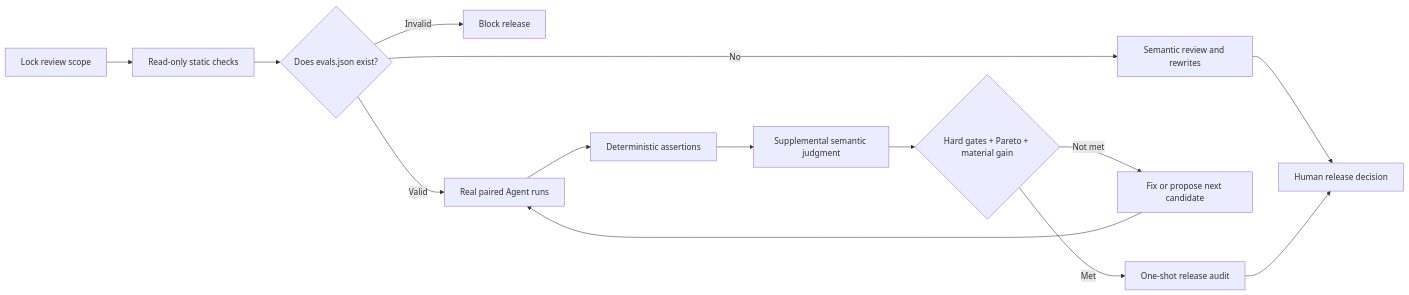
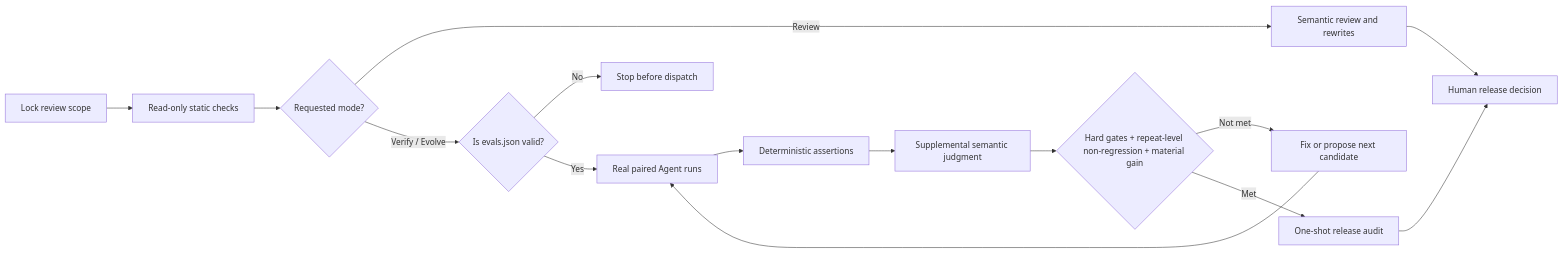
The first of 2 diagrams in README.md (Nirvana-Jie/skill-reviewer), drawn with Mermaid before and after one commit. The commit also changed other lines of this file and 113 other files, not shown here.

````diff
--- a/README.md
+++ b/README.md
@@ -48,16 +54,17 @@
 ```mermaid
 flowchart LR
     A["Lock review scope"] --> B["Read-only static checks"]
-    B --> C{"Does evals.json exist?"}
-    C -- "No" --> D["Semantic review and rewrites"]
-    C -- "Invalid" --> E["Block release"]
-    C -- "Valid" --> F["Real paired Agent runs"]
+    B --> C{"Requested mode?"}
+    C -- "Review" --> D["Semantic review and rewrites"]
+    C -- "Verify / Evolve" --> E{"Is evals.json valid?"}
+    E -- "No" --> H["Stop before dispatch"]
+    E -- "Yes" --> F["Real paired Agent runs"]
     F --> G["Deterministic assertions"]
-    G --> H["Supplemental semantic judgment"]
-    H --> I{"Hard gates + Pareto + material gain"}
+    G --> M["Supplemental semantic judgment"]
+    M --> I{"Hard gates + repeat-level non-regression + material gain"}
     I -- "Not met" --> J["Fix or propose next candidate"]
     J --> F
     I -- "Met" --> K["One-shot release audit"]
     D --> L["Human release decision"]
     K --> L
 ```
````
